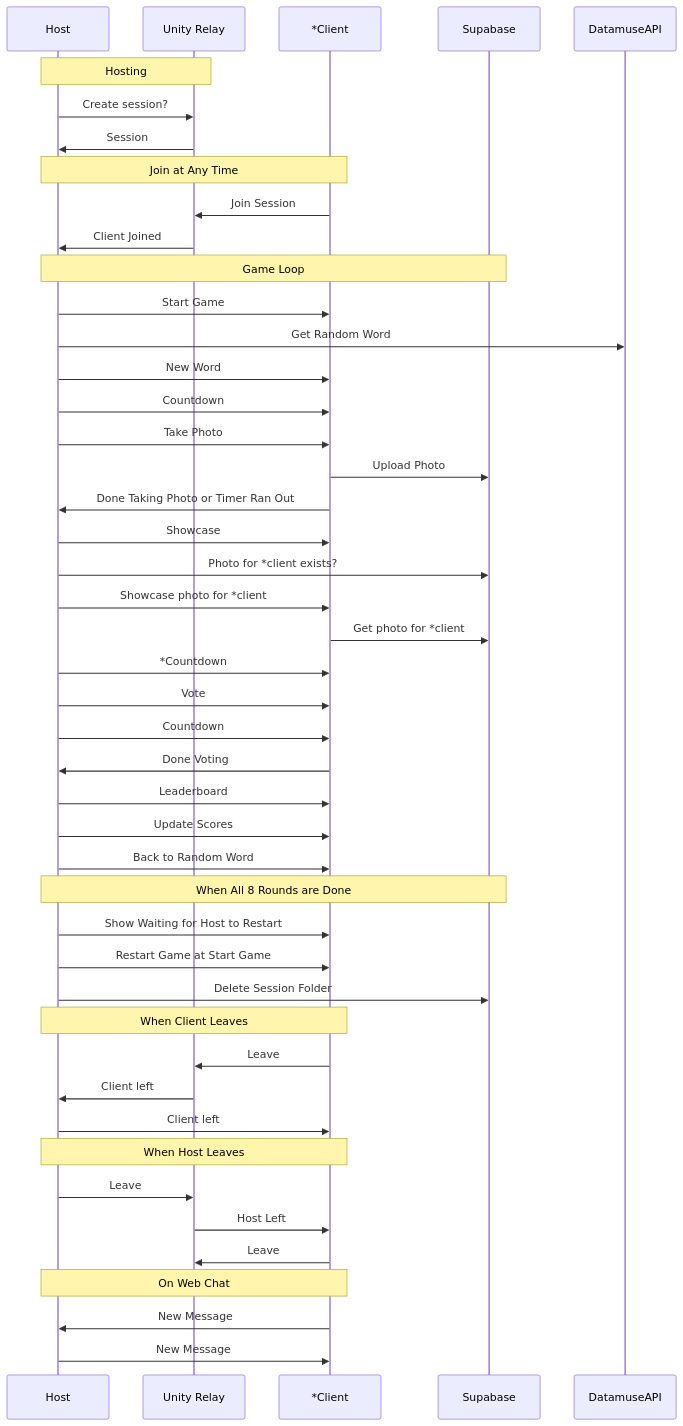
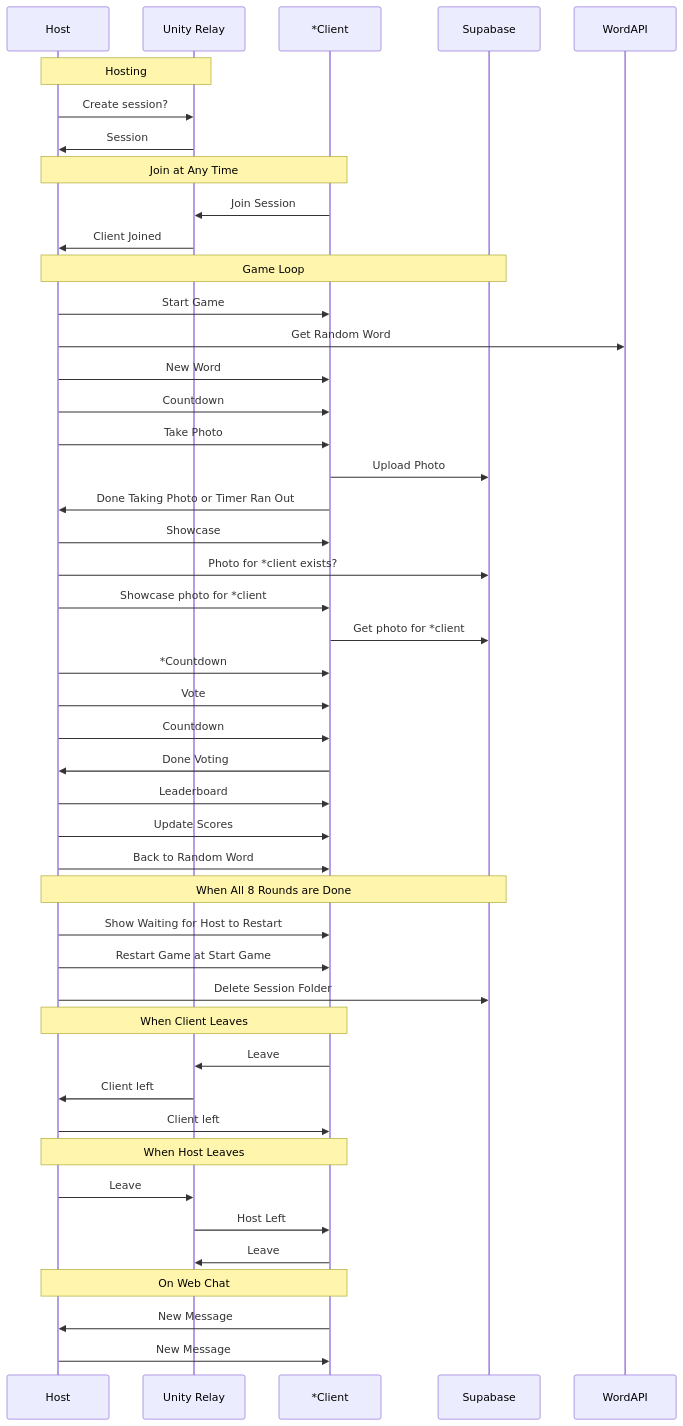
Before and after one commit to notCroptu/GarPic: the diagram in README.md, drawn with Mermaid. The commit also changed other lines of this file and 13 other files, not shown here.

````diff
--- a/README.md
+++ b/README.md
@@ -618,63 +620,63 @@
 ```mermaid
 sequenceDiagram
 
   Note over Host,Unity Relay: Hosting
 
   Host->>Unity Relay: Create session?
   Unity Relay->>Host: Session
 
   Note over Host,*Client: Join at Any Time
 
   *Client->>Unity Relay: Join Session
   Unity Relay->>Host: Client Joined
 
   Note over Host,Supabase: Game Loop
 
   Host->>*Client: Start Game
 
-  Host->>DatamuseAPI: Get Random Word
+  Host->>WordAPI: Get Random Word
   Host->>*Client: New Word
   Host->>*Client: Countdown
 
   Host->>*Client: Take Photo
   *Client->>Supabase: Upload Photo
   *Client->>Host: Done Taking Photo or Timer Ran Out
 
   Host->>*Client: Showcase
   Host->>Supabase: Photo for *client exists?
   Host->>*Client: Showcase photo for *client
   *Client->>Supabase: Get photo for *client
   Host->>*Client: *Countdown
 
   Host->>*Client: Vote
   Host->>*Client: Countdown
   *Client->>Host: Done Voting
 
   Host->>*Client: Leaderboard
   Host->>*Client: Update Scores
 
   Host->>*Client: Back to Random Word
 
   Note over Host,Supabase: When All 8 Rounds are Done
 
   Host->>*Client: Show Waiting for Host to Restart
   Host->>*Client: Restart Game at Start Game
   Host->>Supabase: Delete Session Folder
 
   Note over Host,*Client: When Client Leaves
 
   *Client->>Unity Relay: Leave
   Unity Relay->>Host: Client left
   Host->>*Client: Client left
 
   Note over Host,*Client: When Host Leaves
 
   Host->>Unity Relay: Leave
   Unity Relay->>*Client: Host Left
   *Client->>Unity Relay: Leave
 
   Note over Host,*Client: On Web Chat
 
   *Client->>Host: New Message
   Host->>*Client: New Message
 ```
````
